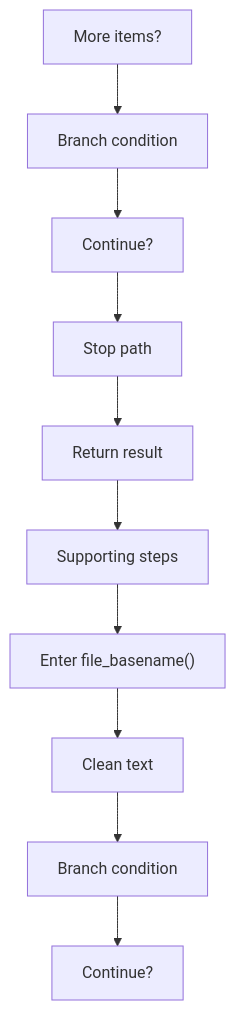
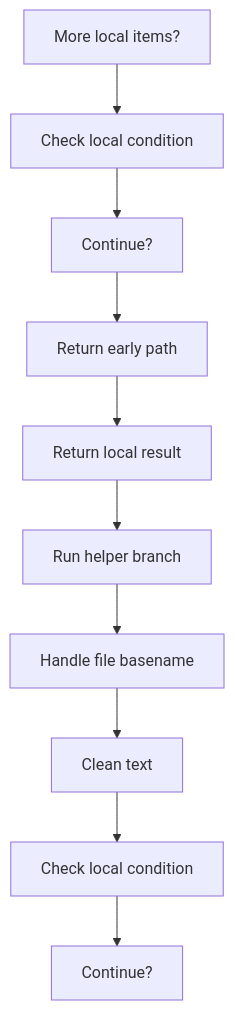
One commit to JohnAndrewBalbarosa/NeoTerritory changed the fourth of 6 diagrams in docs/Codebase/Microservice/Modules/Source/Trees/ClassGeneration/Actual/Internal/Line/Flow/line_program_flow.cpp.md. Above: the diagram before and after it, drawn with Mermaid. The commit also changed other lines of this file and 925 other files, not shown here.

````diff
--- a/docs/Codebase/Microservice/Modules/Source/Trees/ClassGeneration/Actual/Internal/Line/Flow/line_program_flow.cpp.md
+++ b/docs/Codebase/Microservice/Modules/Source/Trees/ClassGeneration/Actual/Internal/Line/Flow/line_program_flow.cpp.md
@@ -93,22 +93,22 @@
 ```mermaid
 flowchart TD
-    N0["More items?"]
-    N1["Branch condition"]
+    N0["More local items?"]
+    N1["Check local condition"]
     N2["Continue?"]
-    N3["Stop path"]
-    N4["Return result"]
-    N5["Supporting steps"]
-    N6["Enter file_basename()"]
+    N3["Return early path"]
+    N4["Return local result"]
+    N5["Run helper branch"]
+    N6["Handle file basename"]
     N7["Clean text"]
-    N8["Branch condition"]
+    N8["Check local condition"]
     N9["Continue?"]
     N0 --> N1
     N1 --> N2
     N2 --> N3
     N3 --> N4
     N4 --> N5
     N5 --> N6
     N6 --> N7
     N7 --> N8
     N8 --> N9
 ```
````
